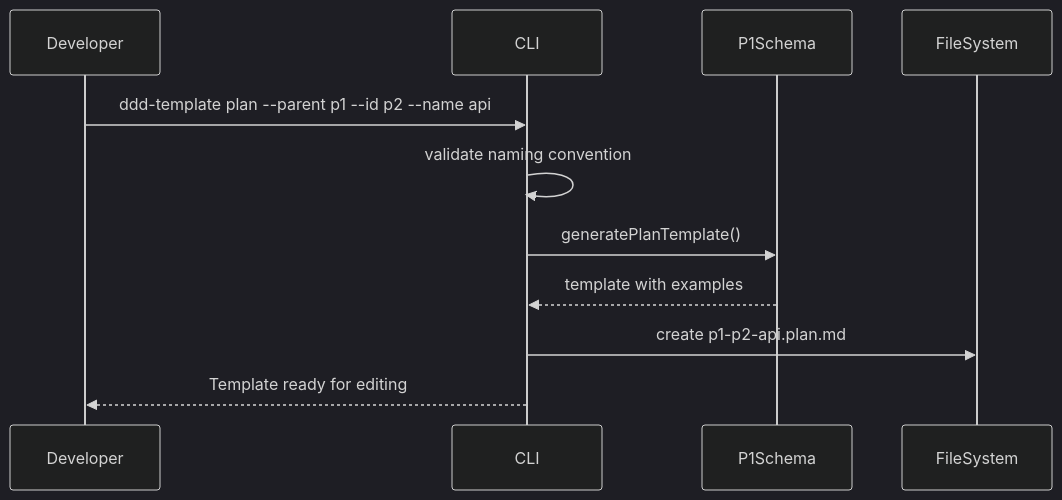
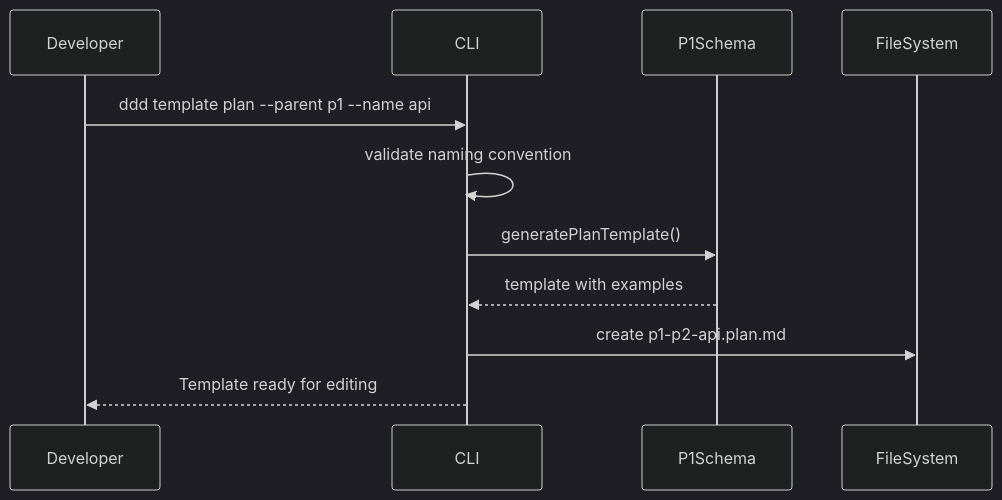
Before and after one commit to livelifelively/documentation-driven-development-tools: the second of 8 diagrams in docs/requirements/p1.p2-cli-tools.plan.md, drawn with Mermaid (dark theme). The commit also changed other lines of this file and 15 other files, not shown here.

````diff
--- a/docs/requirements/p1.p2-cli-tools.plan.md
+++ b/docs/requirements/p1.p2-cli-tools.plan.md
@@ -60,14 +60,14 @@
 ```mermaid
 sequenceDiagram
     participant Developer
     participant CLI
     participant P1Schema
     participant FileSystem
 
-    Developer->>CLI: ddd-template plan --parent p1 --id p2 --name api
+    Developer->>CLI: ddd template plan --parent p1 --name api
     CLI->>CLI: validate naming convention
     CLI->>P1Schema: generatePlanTemplate()
     P1Schema-->>CLI: template with examples
     CLI->>FileSystem: create p1-p2-api.plan.md
     CLI-->>Developer: Template ready for editing
 ```
````
